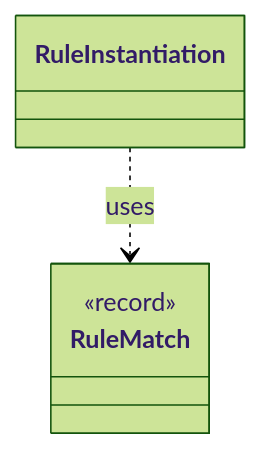
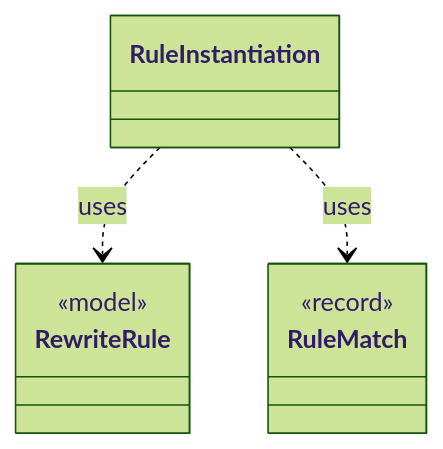
Before and after one commit to tlaplus/model-checker-hardening: the diagram in dev/types/io.github.tlaplus.hardening.gen.rewrite.RuleInstantiation.md, drawn with Mermaid (forest theme). The commit also changed other lines of this file and 405 other files, not shown here.

````diff
--- a/dev/types/io.github.tlaplus.hardening.gen.rewrite.RuleInstantiation.md
+++ b/dev/types/io.github.tlaplus.hardening.gen.rewrite.RuleInstantiation.md
@@ -9,8 +9,12 @@
 ```mermaid
 classDiagram
   class RuleInstantiation
+  class RewriteRule {
+    <<model>>
+  }
   class RuleMatch {
     <<record>>
   }
+  RuleInstantiation ..> RewriteRule : uses
   RuleInstantiation ..> RuleMatch : uses
 ```
````
